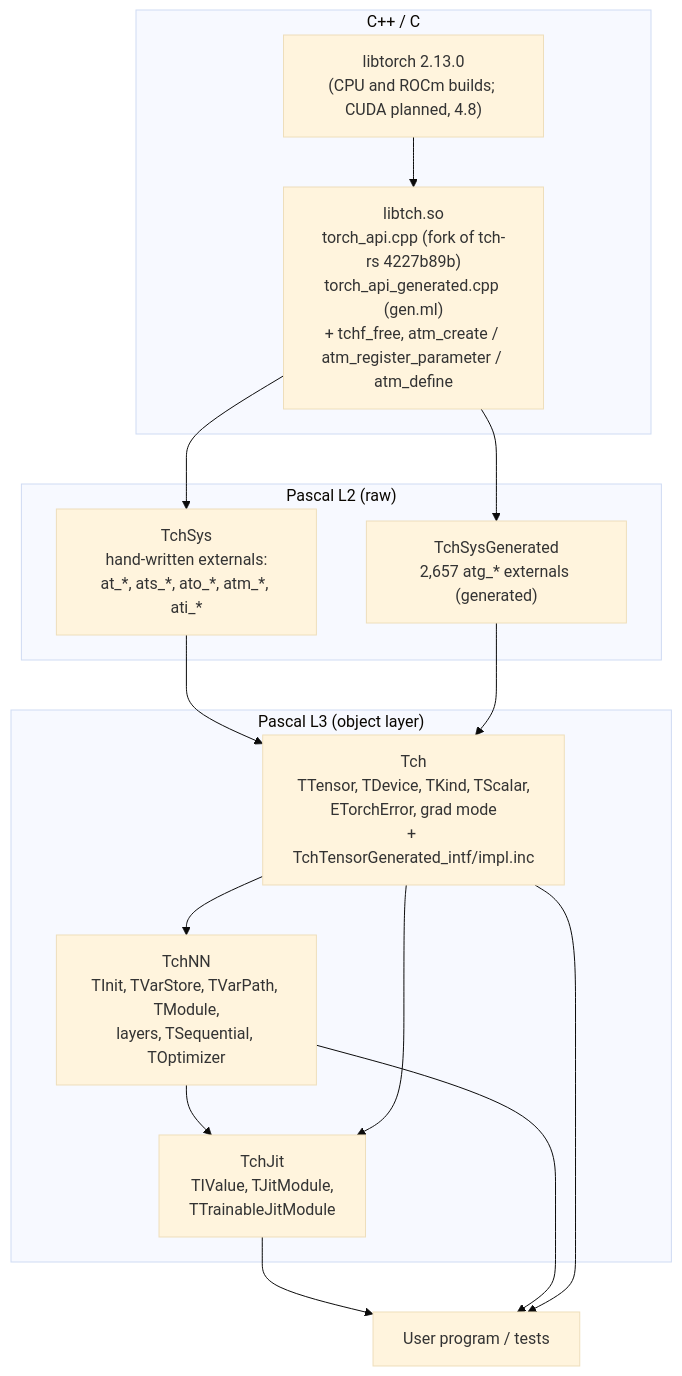
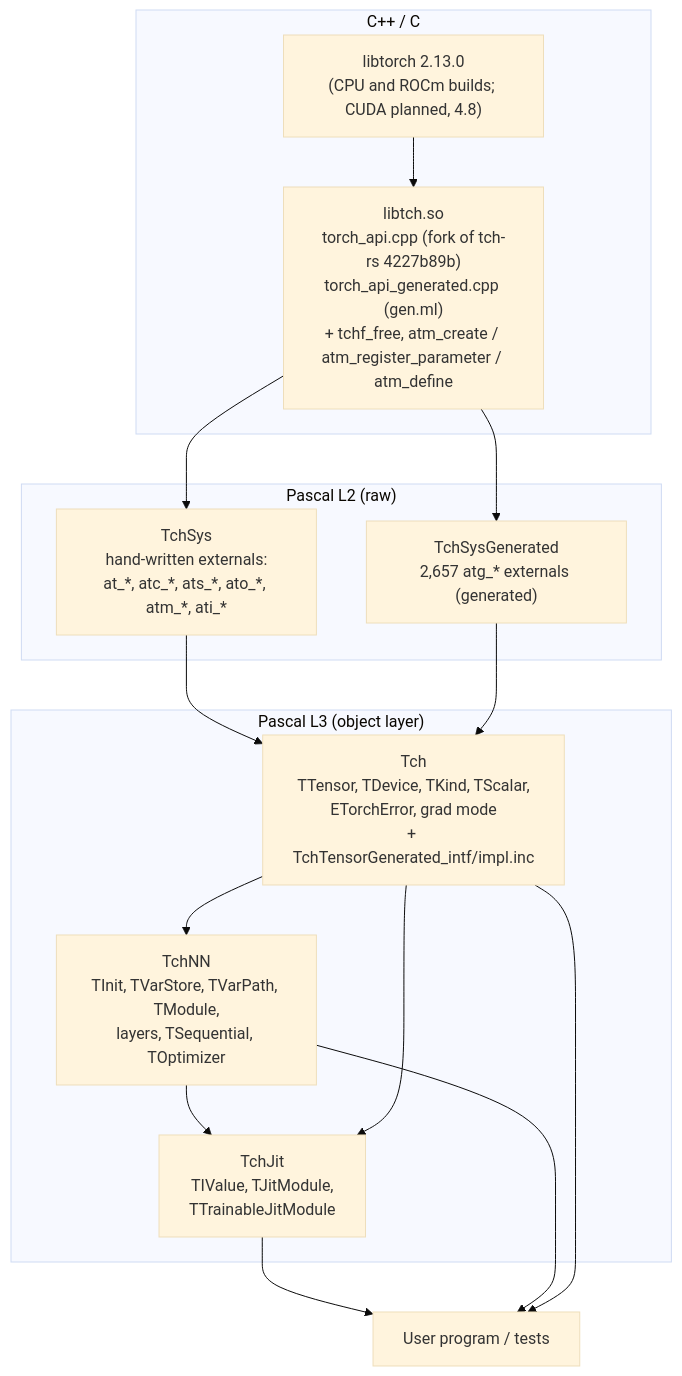
Before and after one commit to tankoha/tch-fpc: the first of 8 diagrams in docs/UML.md, drawn with Mermaid (base theme). The commit also changed other lines of this file and 16 other files, not shown here.

````diff
--- a/docs/UML.md
+++ b/docs/UML.md
@@ -27,28 +27,28 @@
 ```mermaid
 flowchart TB
   subgraph Native["C++ / C"]
     LT["libtorch 2.13.0<br/>(CPU and ROCm builds; CUDA planned, 4.8)"]
     LTCH["libtch.so<br/>torch_api.cpp (fork of tch-rs 4227b89b)<br/>torch_api_generated.cpp (gen.ml)<br/>+ tchf_free, atm_create / atm_register_parameter / atm_define"]
   end
   subgraph L2["Pascal L2 (raw)"]
-    SYS["TchSys<br/>hand-written externals:<br/>at_*, ats_*, ato_*, atm_*, ati_*"]
+    SYS["TchSys<br/>hand-written externals:<br/>at_*, atc_*, ats_*, ato_*, atm_*, ati_*"]
     SYSG["TchSysGenerated<br/>2,657 atg_* externals (generated)"]
   end
   subgraph L3["Pascal L3 (object layer)"]
     TCH["Tch<br/>TTensor, TDevice, TKind, TScalar,<br/>ETorchError, grad mode<br/>+ TchTensorGenerated_intf/impl.inc"]
     NN["TchNN<br/>TInit, TVarStore, TVarPath, TModule,<br/>layers, TSequential, TOptimizer"]
     JIT["TchJit<br/>TIValue, TJitModule,<br/>TTrainableJitModule"]
   end
   APP["User program / tests"]
   LT --> LTCH
   LTCH --> SYS
   LTCH --> SYSG
   SYS --> TCH
   SYSG --> TCH
   TCH --> NN
   NN --> JIT
   TCH --> JIT
   JIT --> APP
   NN --> APP
   TCH --> APP
 ```
````
